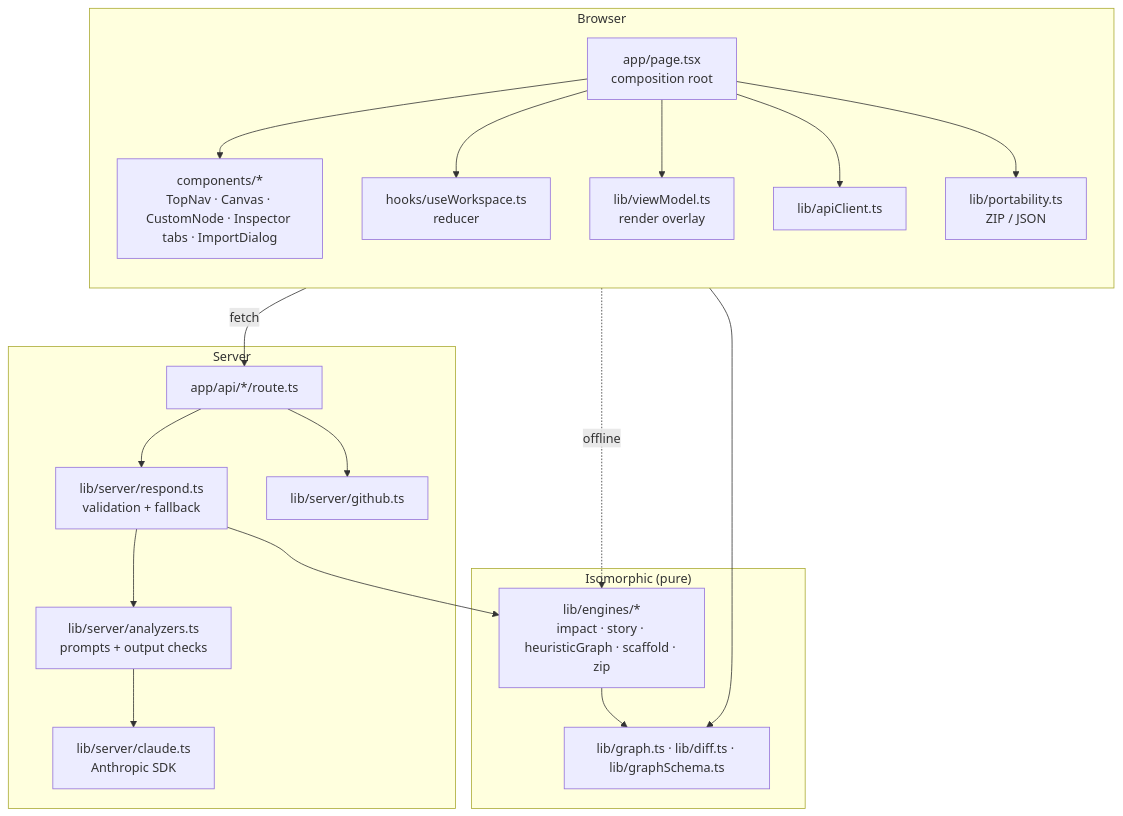
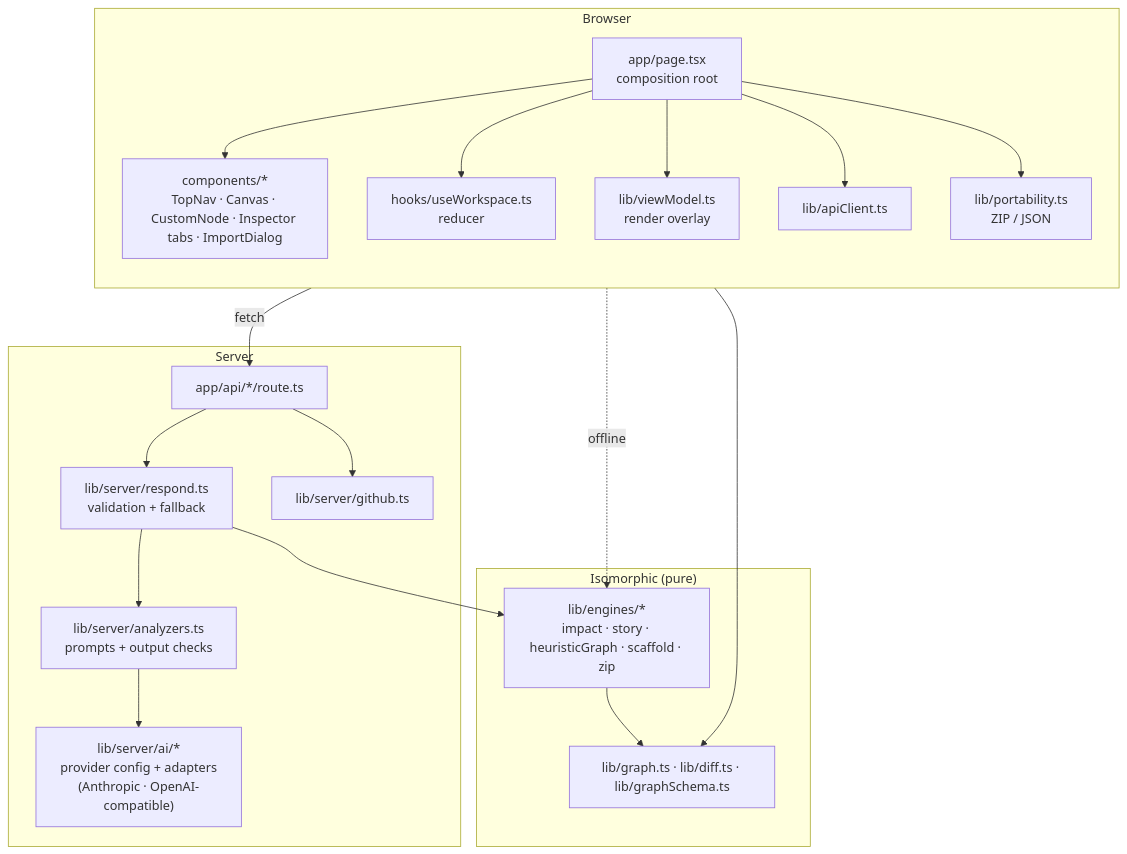
The first of 2 diagrams in docs/architecture.md (imhussain001/codearchitect-ai), drawn with Mermaid before and after one commit. The commit also changed other lines of this file and 4 other files, not shown here.

````diff
--- a/docs/architecture.md
+++ b/docs/architecture.md
@@ -7,31 +7,31 @@
 ```mermaid
 flowchart TB
   subgraph Browser
     direction TB
     Page["app/page.tsx<br/>composition root"]
     Comp["components/*<br/>TopNav · Canvas · CustomNode · Inspector tabs · ImportDialog"]
     Store["hooks/useWorkspace.ts<br/>reducer"]
     VM["lib/viewModel.ts<br/>render overlay"]
     Client["lib/apiClient.ts"]
     Port["lib/portability.ts<br/>ZIP / JSON"]
   end
   subgraph Shared["Isomorphic (pure)"]
     Engines["lib/engines/*<br/>impact · story · heuristicGraph · scaffold · zip"]
     Core["lib/graph.ts · lib/diff.ts · lib/graphSchema.ts"]
   end
   subgraph Server
     Routes["app/api/*/route.ts"]
     Respond["lib/server/respond.ts<br/>validation + fallback"]
     Analyzers["lib/server/analyzers.ts<br/>prompts + output checks"]
-    ClaudeGW["lib/server/claude.ts<br/>Anthropic SDK"]
+    AIGW["lib/server/ai/*<br/>provider config + adapters<br/>(Anthropic · OpenAI-compatible)"]
     GH["lib/server/github.ts"]
   end
   Page --> Comp & Store & VM & Client & Port
   VM --> Core
   Client -- fetch --> Routes
   Client -. offline .-> Engines
-  Routes --> Respond --> Analyzers --> ClaudeGW
+  Routes --> Respond --> Analyzers --> AIGW
   Respond --> Engines
   Routes --> GH
   Engines --> Core
 ```
````
